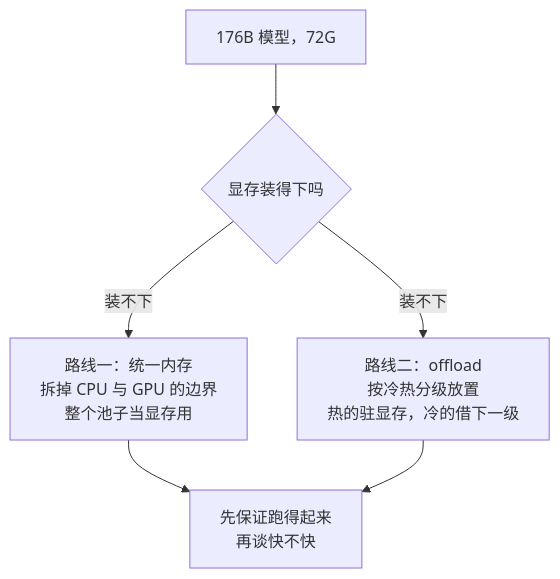
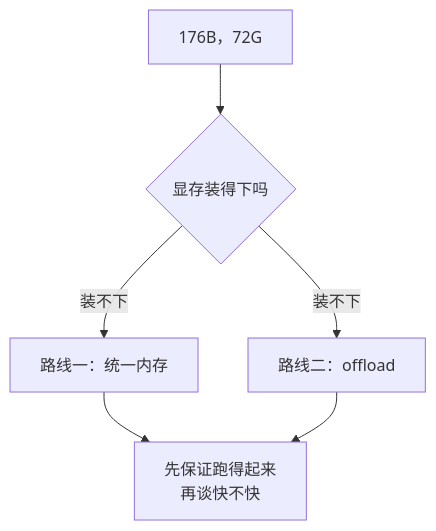
Before and after one commit to Bahtya/llm-learning: the first of 2 diagrams in content-v2/part4/4-3.md, drawn with Mermaid. The commit also changed other lines of this file and 39 other files, not shown here.

````diff
--- a/content-v2/part4/4-3.md
+++ b/content-v2/part4/4-3.md
@@ -19,8 +19,8 @@
 ```mermaid
 graph TB
-    P[176B 模型，72G] --> Q{显存装得下吗}
-    Q -- 装不下 --> R1[路线一：统一内存<br/>拆掉 CPU 与 GPU 的边界<br/>整个池子当显存用]
-    Q -- 装不下 --> R2[路线二：offload<br/>按冷热分级放置<br/>热的驻显存，冷的借下一级]
+    P[176B，72G] --> Q{显存装得下吗}
+    Q -- 装不下 --> R1[路线一：统一内存]
+    Q -- 装不下 --> R2[路线二：offload]
     R1 --> S[先保证跑得起来<br/>再谈快不快]
     R2 --> S
 ```
````
